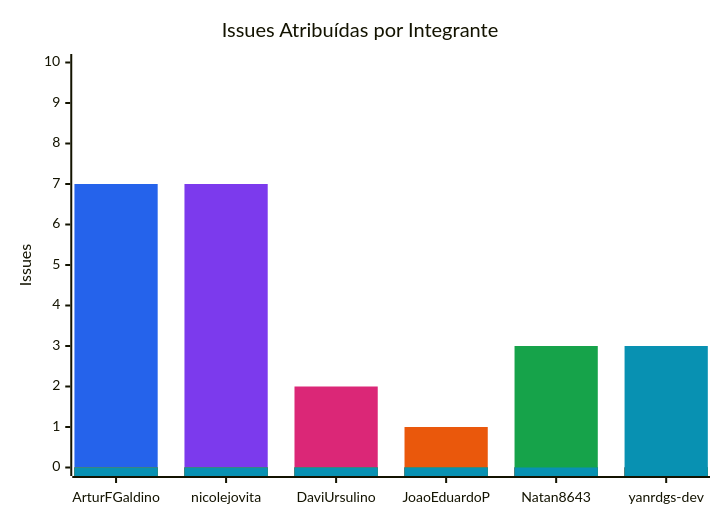
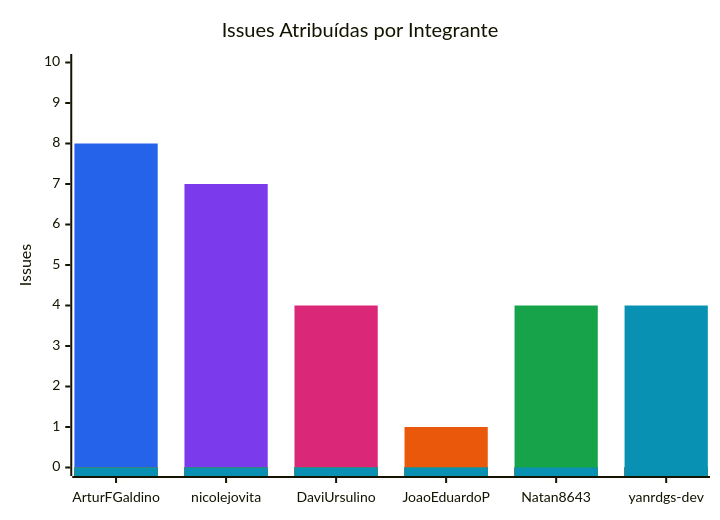
Before and after one commit to FCTE-Qualidade-de-Software-1/2026-2_T02_KAY_MCNULTY: the diagram in snippets/assigned-issues.mmd, drawn with Mermaid. The commit also changed 14 other files, not shown here.

```diff
--- a/snippets/assigned-issues.mmd
+++ b/snippets/assigned-issues.mmd
@@ -1,11 +1,11 @@
 %%{init: {"themeVariables": {"xyChart": {"plotColorPalette": "#2563eb, #7c3aed, #db2777, #ea580c, #16a34a, #0891b2"}}}}%%
 xychart-beta
     title "Issues Atribuídas por Integrante"
     x-axis ["ArturFGaldino", "nicolejovita", "DaviUrsulino", "JoaoEduardoP", "Natan8643", "yanrdgs-dev"]
     y-axis "Issues" 0 --> 10
-    bar [7, 0, 0, 0, 0, 0]
+    bar [8, 0, 0, 0, 0, 0]
     bar [0, 7, 0, 0, 0, 0]
-    bar [0, 0, 2, 0, 0, 0]
+    bar [0, 0, 4, 0, 0, 0]
     bar [0, 0, 0, 1, 0, 0]
-    bar [0, 0, 0, 0, 3, 0]
-    bar [0, 0, 0, 0, 0, 3]
+    bar [0, 0, 0, 0, 4, 0]
+    bar [0, 0, 0, 0, 0, 4]
```
